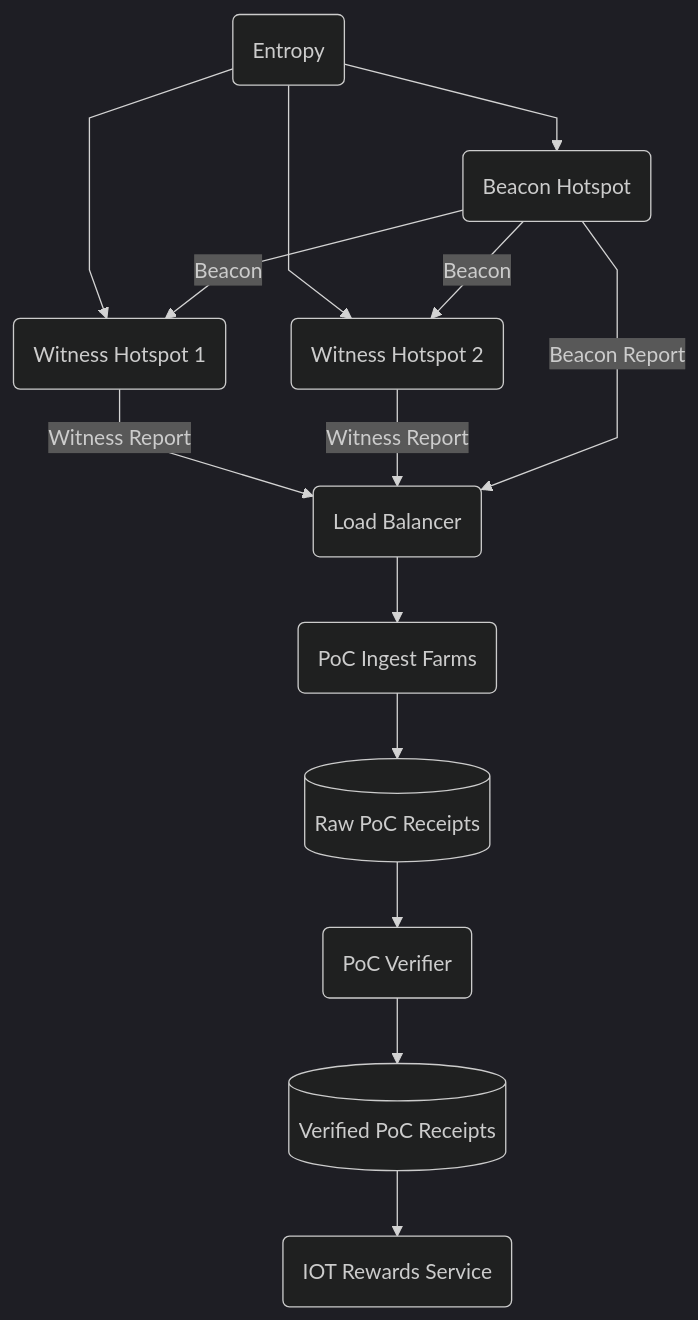
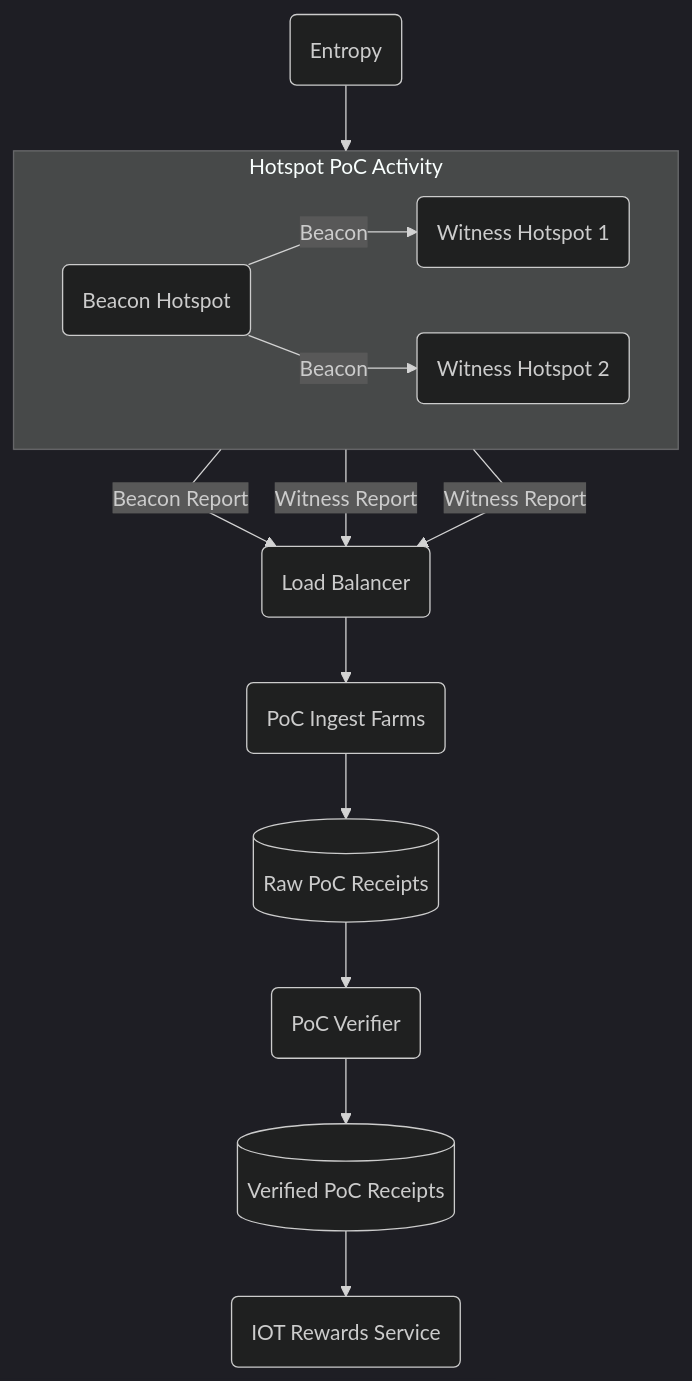
Before and after one commit to helium/docs: the third of 4 diagrams in docs/solana-migration/migration-infrastructure.mdx, drawn with Mermaid (dark theme). The commit also changed other lines of this file, not shown here.

Commit message:
mermaid tweaks :merperson:

````diff
--- a/docs/solana-migration/migration-infrastructure.mdx
+++ b/docs/solana-migration/migration-infrastructure.mdx
@@ -218,25 +223,30 @@
 ```mermaid
 flowchart TB;
 %%{ init: { 'flowchart': { 'curve': 'linear' } } }%%
 
-entropy(Entropy)-->beaconer;
-entropy(Entropy)-->witness1;
-entropy(Entropy)-->witness2;
+subgraph hotspotactivity[Hotspot PoC Activity]
+  direction LR
+  beaconer(Beacon Hotspot) 
+  witness1(Witness Hotspot 1) 
+  witness2(Witness Hotspot 2)
+end
 
-beaconer(Beacon Hotspot)-->|Beacon|witness1(Witness Hotspot 1);
-beaconer(Beacon Hotspot)-->|Beacon|witness2(Witness Hotspot 2);
+beaconer -->|Beacon| witness1;
+beaconer -->|Beacon| witness2;
+beaconer -->|Beacon Report| loadBalancer;
+
+entropy(Entropy)
+entropy -->hotspotactivity;
 
 witness1-->|Witness Report|loadBalancer(Load Balancer);
 witness2-->|Witness Report|loadBalancer(Load Balancer);
 
 loadBalancer-->pocIngestFarms(PoC Ingest Farms);
 
 pocIngestFarms-->rawPocReceipts[(Raw PoC Receipts)];
 
-beaconer(Beacon Hotspot)-->|Beacon Report|loadBalancer;
-
 rawPocReceipts-->pocVerifier(PoC Verifier);
 pocVerifier-->verifiedPocReceiptsDB[(Verified PoC Receipts)];
 verifiedPocReceiptsDB-->iotRewardsService(IOT Rewards Service);
 
 ```
````
